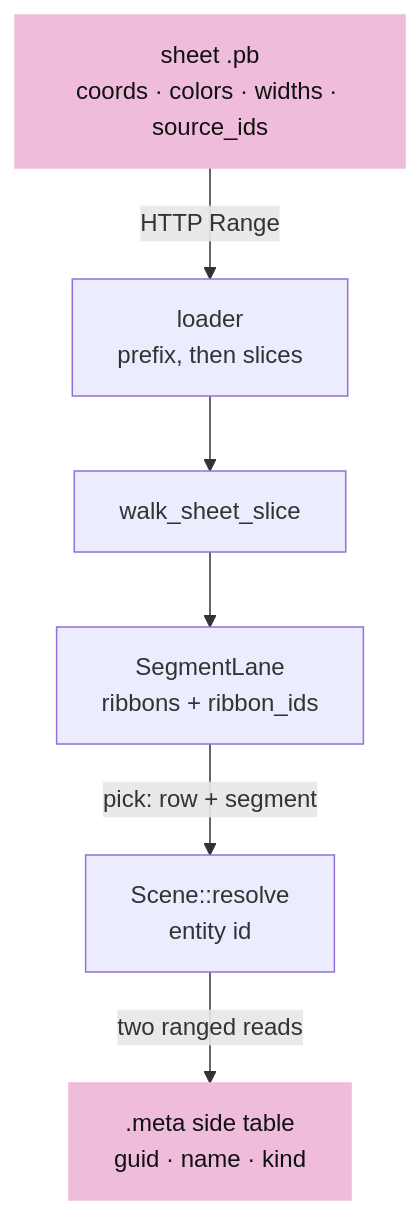
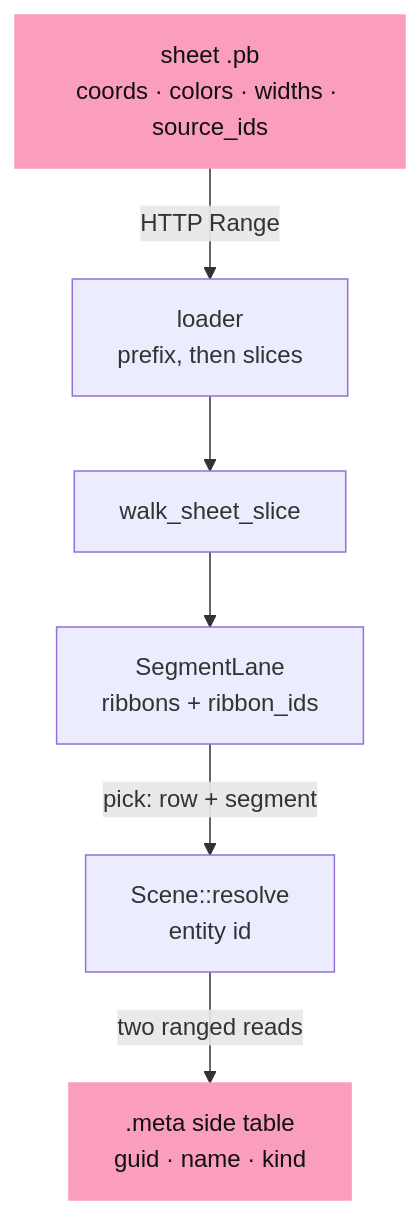
Before and after one commit to petrasvestartas/session: the first of 5 diagrams in session_viewer/docs/19-sheets.md, drawn with Mermaid. The commit also changed other lines of this file and 328 other files, not shown here.

First line of the commit message:
Course: the palette you sent, and mermaid drawn like the drawings

````diff
--- a/session_viewer/docs/19-sheets.md
+++ b/session_viewer/docs/19-sheets.md
@@ -7,9 +7,9 @@
 ```mermaid
 flowchart TB
     F["sheet .pb<br/>coords · colors · widths · source_ids"] -- "HTTP Range" --> L["loader<br/>prefix, then slices"]
     L --> W["walk_sheet_slice"] --> G["SegmentLane<br/>ribbons + ribbon_ids"]
     G -- "pick: row + segment" --> R["Scene::resolve<br/>entity id"]
     R -- "two ranged reads" --> M[".meta side table<br/>guid · name · kind"]
-    style F fill:#f0bcdb,stroke:#f0bcdb,color:#111
-    style M fill:#f0bcdb,stroke:#f0bcdb,color:#111
+    style F fill:#fa9ebc,stroke:#fa9ebc,color:#111
+    style M fill:#fa9ebc,stroke:#fa9ebc,color:#111
 ```
````
